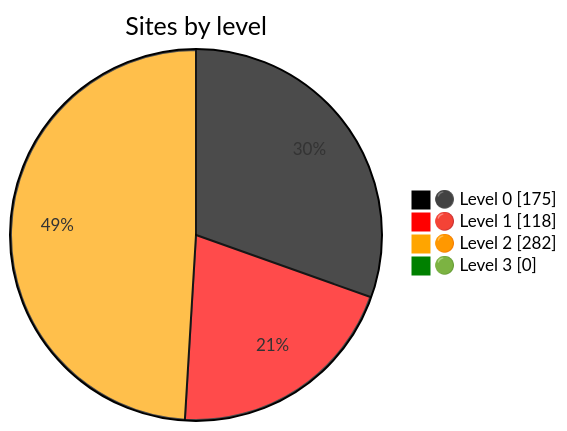
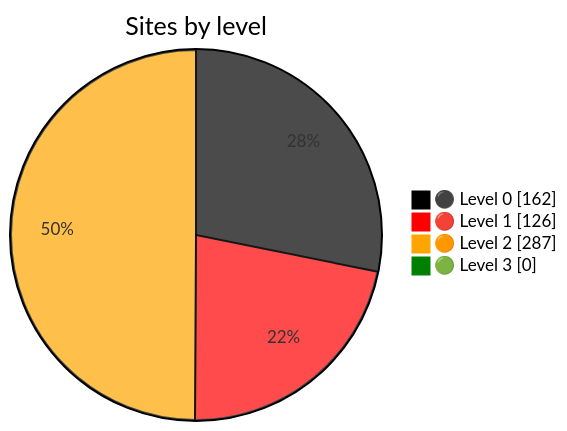
Before and after one commit to nuuuwan/gov_lk_web_auditor: the diagram in README.md, drawn with Mermaid. The commit also changed other lines of this file and 2589 other files, not shown here.

````diff
--- a/README.md
+++ b/README.md
@@ -24,9 +24,9 @@
 ```mermaid
 %%{init: {"themeVariables":{"pie1":"black","pie2":"red","pie3":"orange","pie4":"green"}}}%%
 pie showData
     title Sites by level
-    "⚫ Level 0" : 175
-    "🔴 Level 1" : 118
-    "🟠 Level 2" : 282
+    "⚫ Level 0" : 162
+    "🔴 Level 1" : 126
+    "🟠 Level 2" : 287
     "🟢 Level 3" : 0
 ```
````
